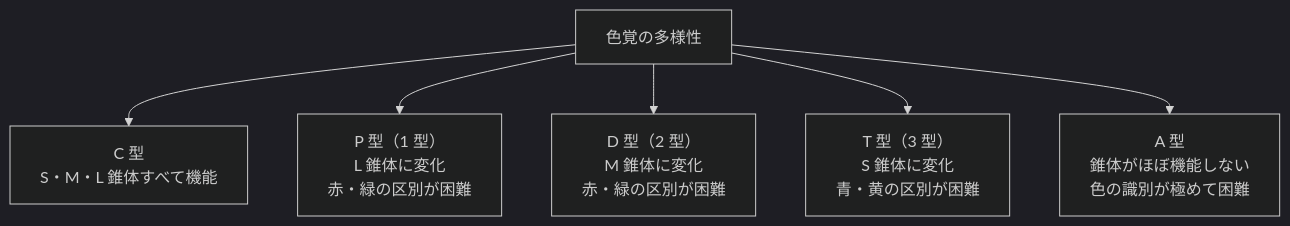
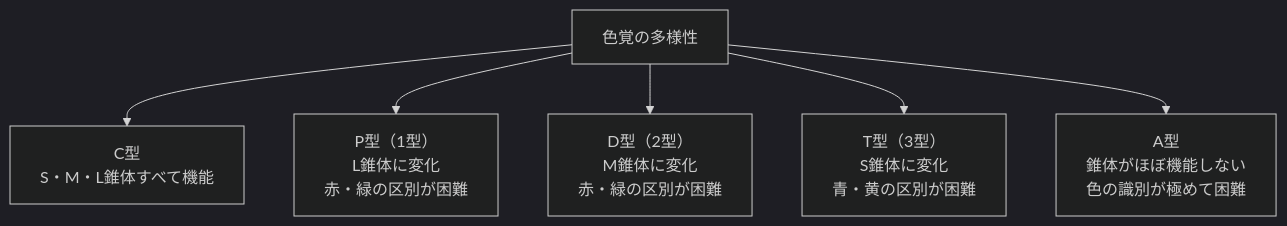
The fourth of 4 diagrams in docs/lessons/lesson08/index.md (ozaki25/color-coordination-training-ozaki25), drawn with Mermaid (dark theme) before and after one commit. The commit also changed other lines of this file and 27 other files, not shown here.

````diff
--- a/docs/lessons/lesson08/index.md
+++ b/docs/lessons/lesson08/index.md
@@ -118,8 +118,8 @@
 ```mermaid
 graph TD
-    多様性["色覚の多様性"] --> C["C 型\nS・M・L 錐体すべて機能"]
-    多様性 --> P["P 型（1 型）\nL 錐体に変化\n赤・緑の区別が困難"]
-    多様性 --> D["D 型（2 型）\nM 錐体に変化\n赤・緑の区別が困難"]
-    多様性 --> T["T 型（3 型）\nS 錐体に変化\n青・黄の区別が困難"]
-    多様性 --> A["A 型\n錐体がほぼ機能しない\n色の識別が極めて困難"]
+    多様性["色覚の多様性"] --> C["C型\nS・M・L錐体すべて機能"]
+    多様性 --> P["P型（1型）\nL錐体に変化\n赤・緑の区別が困難"]
+    多様性 --> D["D型（2型）\nM錐体に変化\n赤・緑の区別が困難"]
+    多様性 --> T["T型（3型）\nS錐体に変化\n青・黄の区別が困難"]
+    多様性 --> A["A型\n錐体がほぼ機能しない\n色の識別が極めて困難"]
 ```
````
